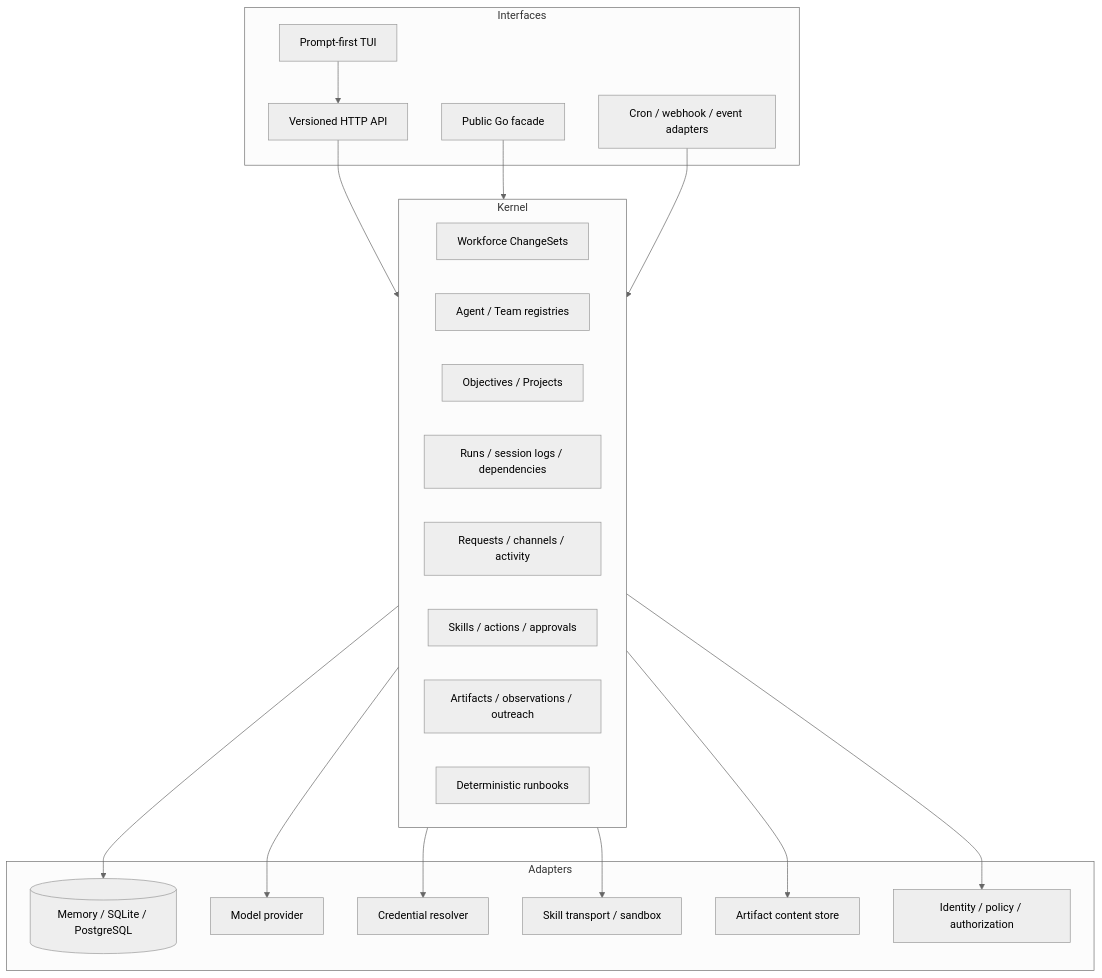
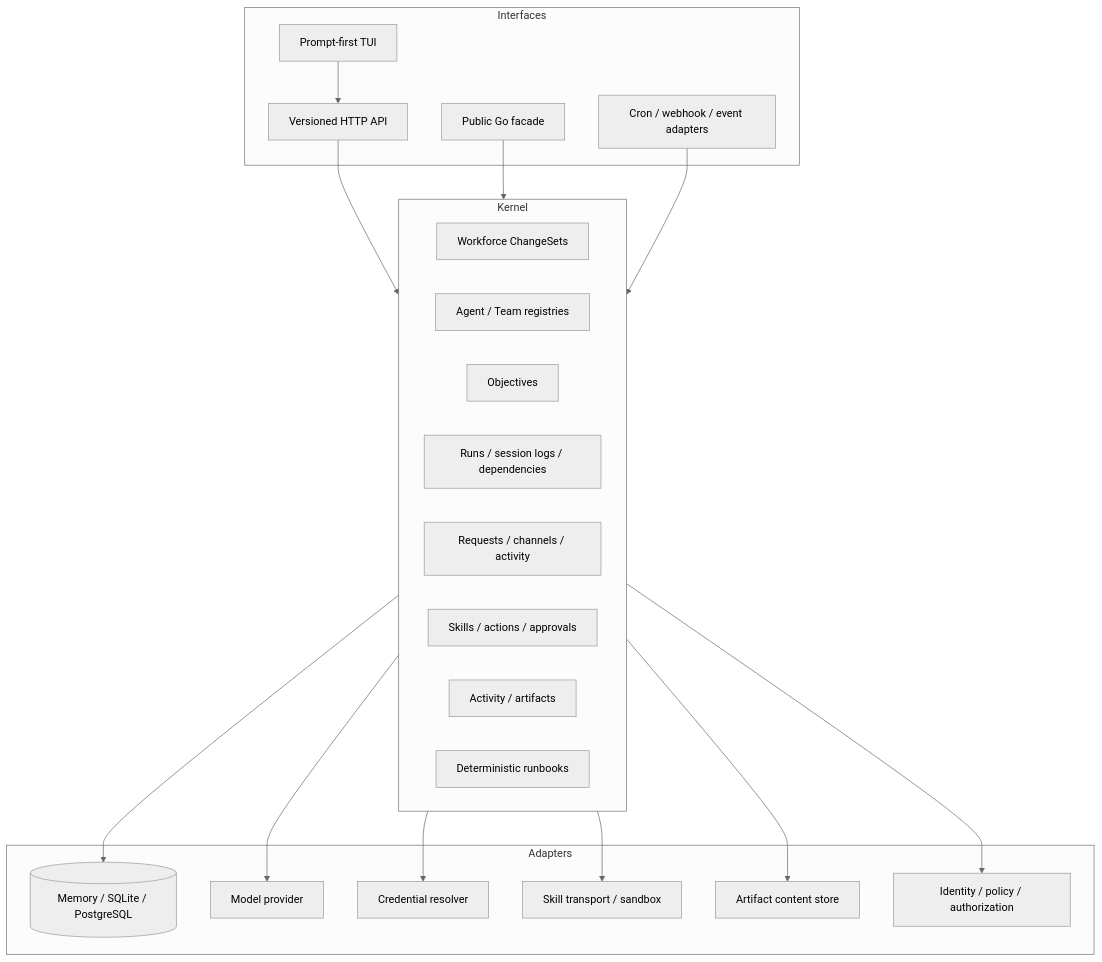
One commit to axiom-studio/openseal changed the first of 5 diagrams in docs/dev-docs/architecture/autonomous-agent-runtime.md. Above: the diagram before and after it, drawn with Mermaid (neutral theme). The commit also changed other lines of this file and 18 other files, not shown here.

Commit message:
Drop Projects, source monitors and outreach from the docs

````diff
--- a/docs/dev-docs/architecture/autonomous-agent-runtime.md
+++ b/docs/dev-docs/architecture/autonomous-agent-runtime.md
@@ -9,40 +9,40 @@
 ```mermaid
 flowchart TB
     subgraph Interfaces
         TUI[Prompt-first TUI]
         HTTP[Versioned HTTP API]
         Go[Public Go facade]
         Trigger[Cron / webhook / event adapters]
     end
 
     subgraph Kernel
         Authoring[Workforce ChangeSets]
         Registry[Agent / Team registries]
-        Portfolio[Objectives / Projects]
+        Portfolio[Objectives]
         Runs[Runs / session logs / dependencies]
         Collaboration[Requests / channels / activity]
         Governance[Skills / actions / approvals]
-        Evidence[Artifacts / observations / outreach]
+        Evidence[Activity / artifacts]
         Runbooks[Deterministic runbooks]
     end
 
     subgraph Adapters
         Store[(Memory / SQLite / PostgreSQL)]
         Model[Model provider]
         Secrets[Credential resolver]
         Transport[Skill transport / sandbox]
         Content[Artifact content store]
         Policy[Identity / policy / authorization]
     end
 
     TUI --> HTTP
     HTTP --> Kernel
     Go --> Kernel
     Trigger --> Kernel
     Kernel --> Store
     Kernel --> Model
     Kernel --> Secrets
     Kernel --> Transport
     Kernel --> Content
     Kernel --> Policy
 ```
````
